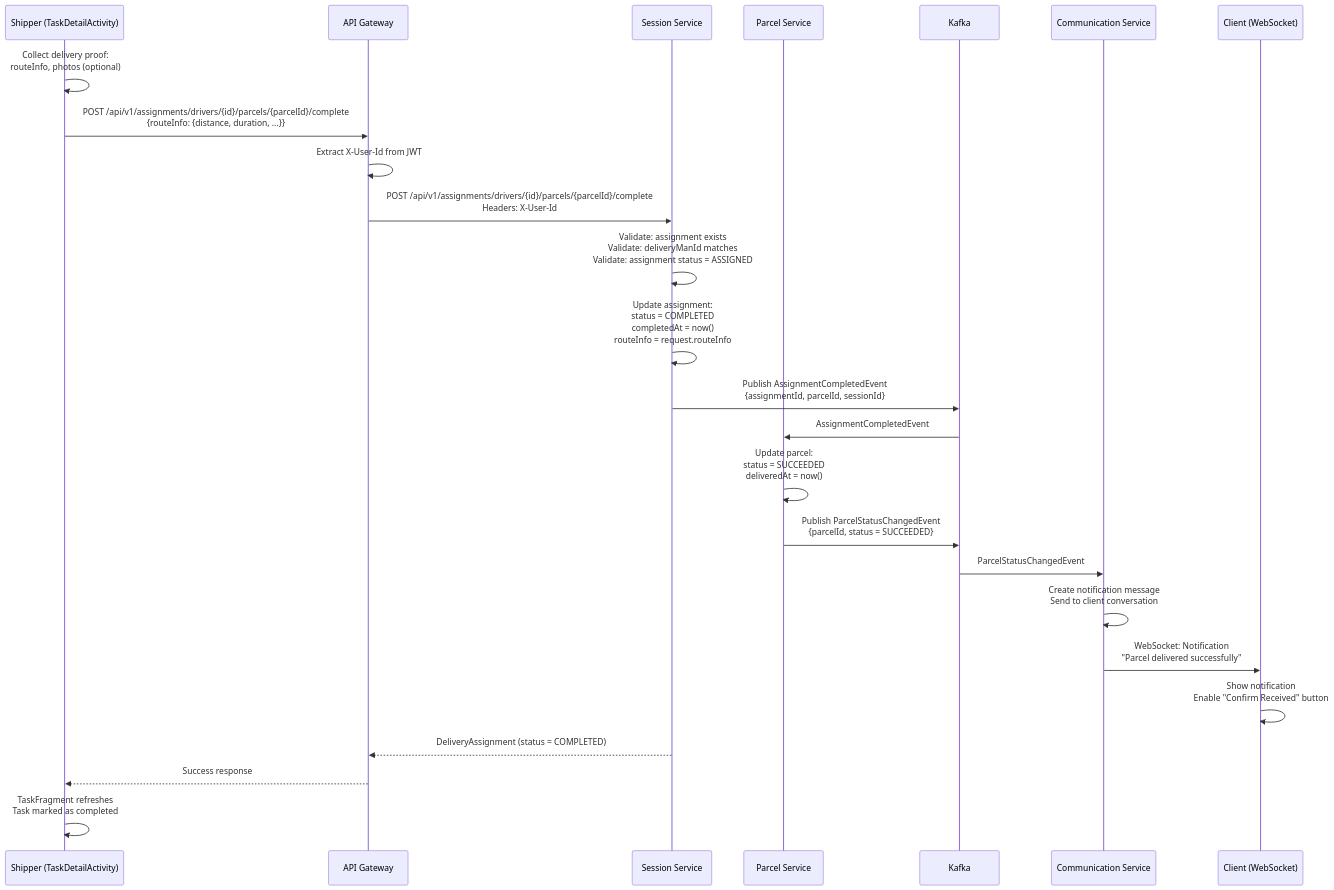
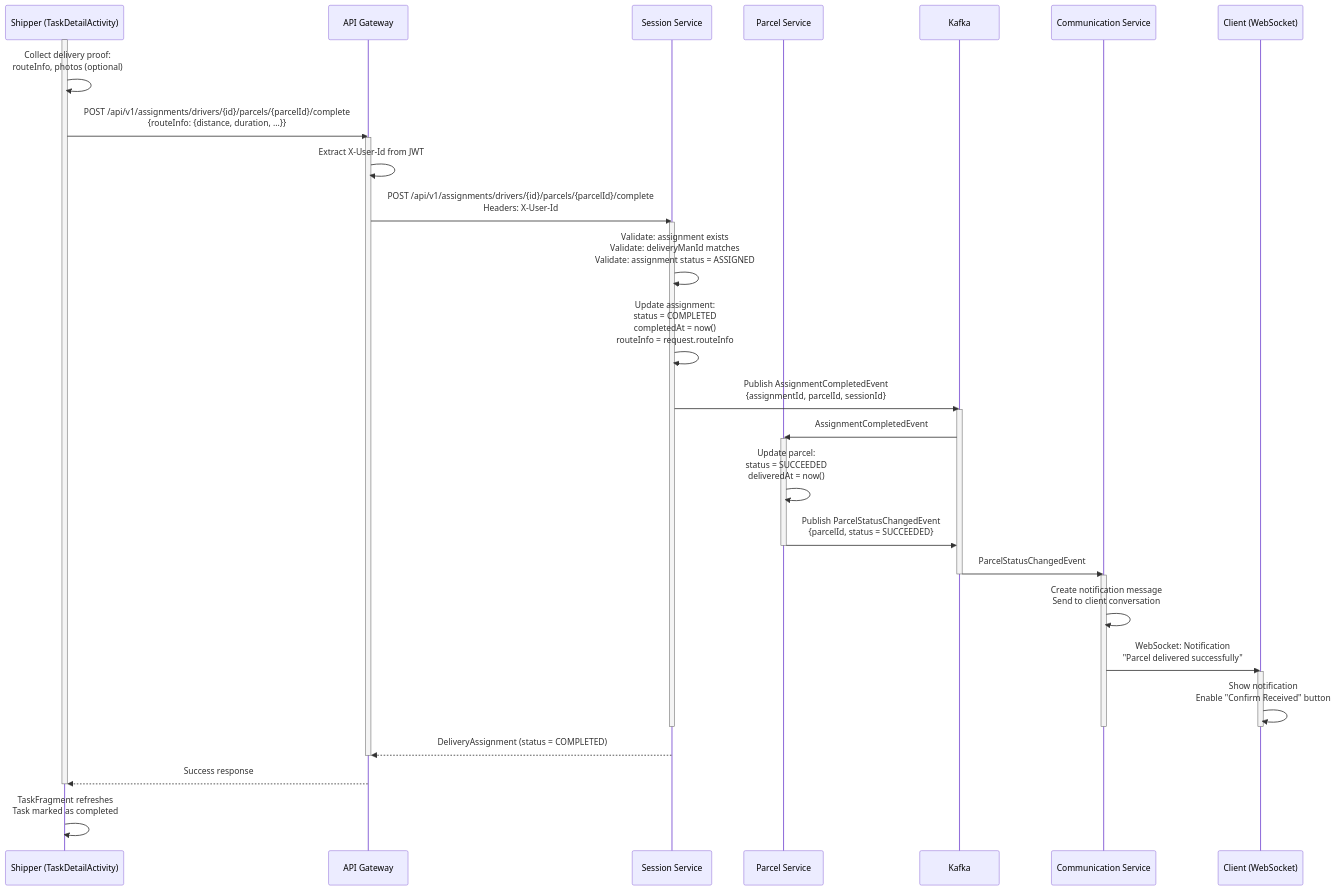
Before and after one commit to hungdev11/Delivery-Coodinating-System-And-Delivery-App: the second of 2 diagrams in reports/features/shipper/complete-task.md, drawn with Mermaid. The commit also changed 11 other files, not shown here.

Commit message:
add processing bar for sequence diagram

````diff
--- a/reports/features/shipper/complete-task.md
+++ b/reports/features/shipper/complete-task.md
@@ -29,37 +29,42 @@
 ```mermaid
 sequenceDiagram
     participant Shipper as Shipper (TaskDetailActivity)
     participant Gateway as API Gateway
     participant SessionSvc as Session Service
     participant ParcelSvc as Parcel Service
     participant Kafka as Kafka
     participant CommSvc as Communication Service
     participant Client as Client (WebSocket)
     
+    activate Shipper
     Shipper->>Shipper: Collect delivery proof:<br/>routeInfo, photos (optional)
     Shipper->>Gateway: POST /api/v1/assignments/drivers/{id}/parcels/{parcelId}/complete<br/>{routeInfo: {distance, duration, ...}}
+    activate Gateway
     Gateway->>Gateway: Extract X-User-Id from JWT
     Gateway->>SessionSvc: POST /api/v1/assignments/drivers/{id}/parcels/{parcelId}/complete<br/>Headers: X-User-Id
-    
+    activate SessionSvc
     SessionSvc->>SessionSvc: Validate: assignment exists<br/>Validate: deliveryManId matches<br/>Validate: assignment status = ASSIGNED
-    
     SessionSvc->>SessionSvc: Update assignment:<br/>status = COMPLETED<br/>completedAt = now()<br/>routeInfo = request.routeInfo
-    
     SessionSvc->>Kafka: Publish AssignmentCompletedEvent<br/>{assignmentId, parcelId, sessionId}
-    
+    activate Kafka
     Kafka->>ParcelSvc: AssignmentCompletedEvent
+    activate ParcelSvc
     ParcelSvc->>ParcelSvc: Update parcel:<br/>status = SUCCEEDED<br/>deliveredAt = now()
-    
     ParcelSvc->>Kafka: Publish ParcelStatusChangedEvent<br/>{parcelId, status = SUCCEEDED}
-    
+    deactivate ParcelSvc
     Kafka->>CommSvc: ParcelStatusChangedEvent
+    deactivate Kafka
+    activate CommSvc
     CommSvc->>CommSvc: Create notification message<br/>Send to client conversation
-    
     CommSvc->>Client: WebSocket: Notification<br/>"Parcel delivered successfully"
+    activate Client
     Client->>Client: Show notification<br/>Enable "Confirm Received" button
-    
+    deactivate Client
+    deactivate CommSvc
+    deactivate SessionSvc
     SessionSvc-->>Gateway: DeliveryAssignment (status = COMPLETED)
+    deactivate Gateway
     Gateway-->>Shipper: Success response
-    
+    deactivate Shipper
     Shipper->>Shipper: TaskFragment refreshes<br/>Task marked as completed
 ```
````
